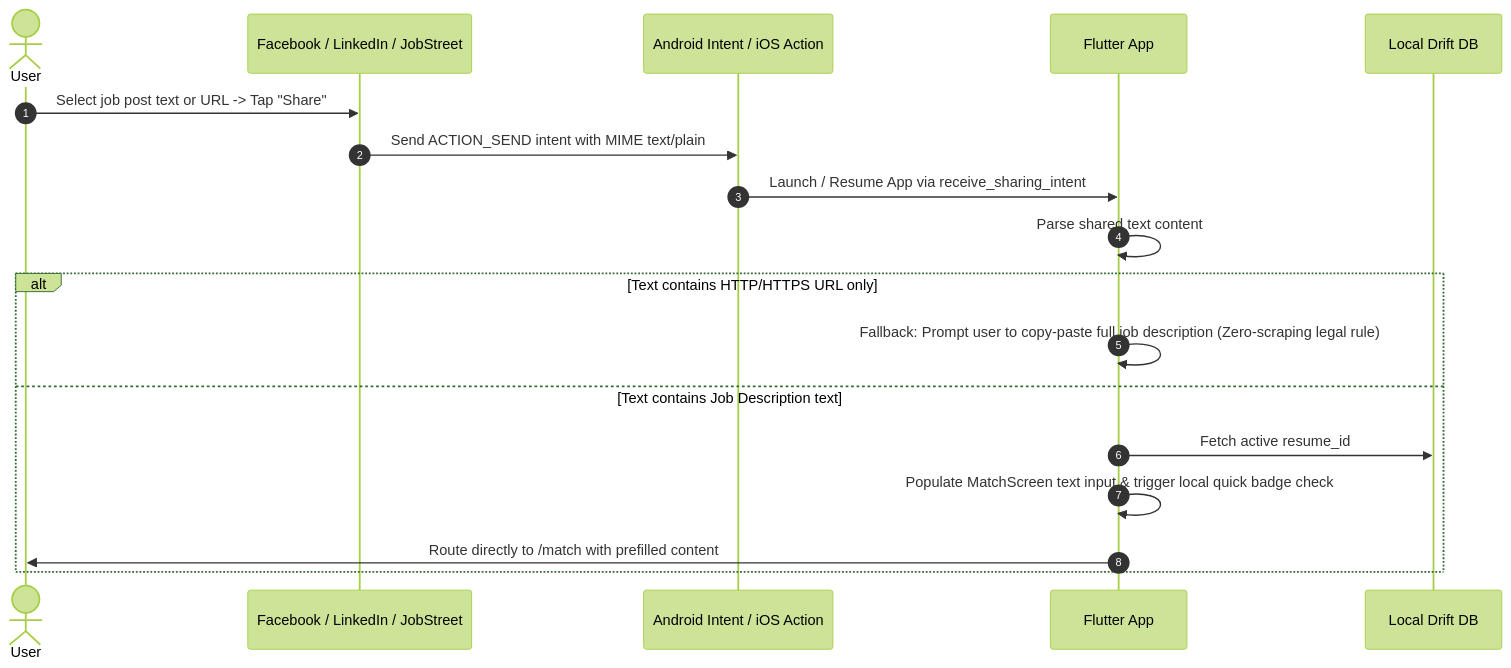
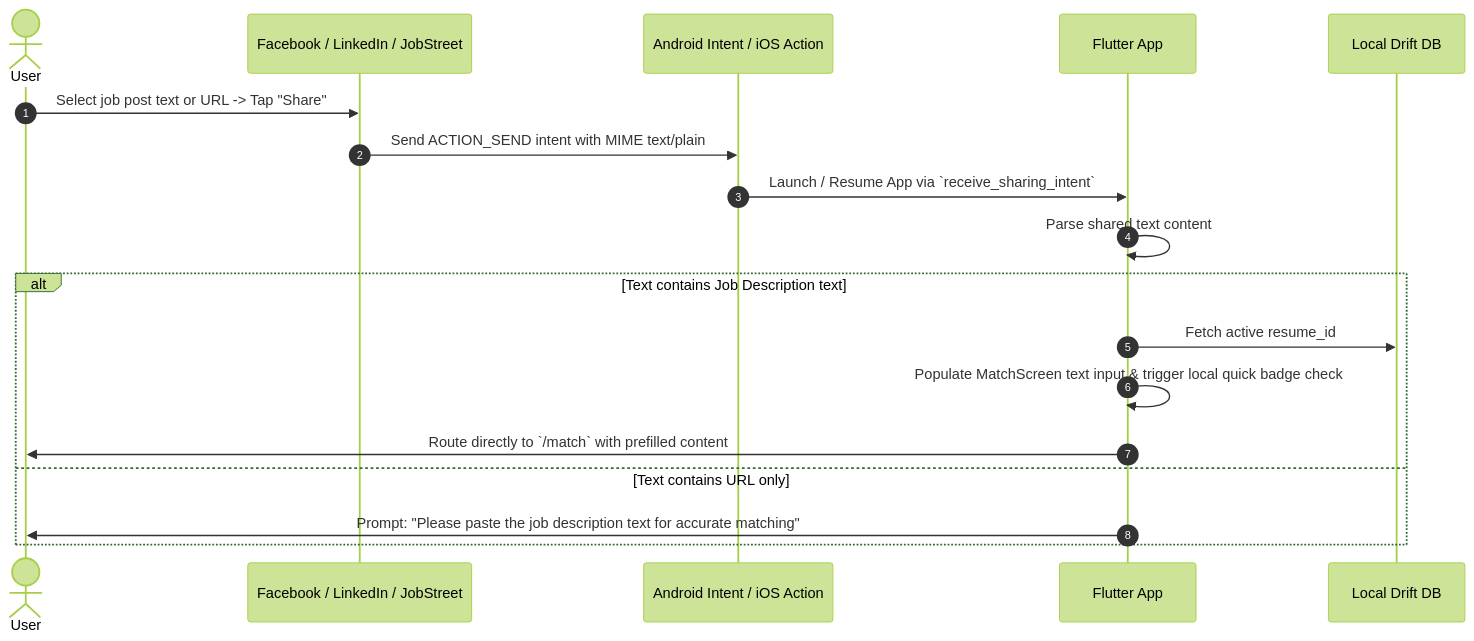
One commit to QuantumTan/rolevia changed the seventh of 14 diagrams in docs/BACKEND_PLAN.md. Above: the diagram before and after it, drawn with Mermaid (forest theme). The commit also changed other lines of this file and 16 other files, not shown here.

````diff
--- a/docs/BACKEND_PLAN.md
+++ b/docs/BACKEND_PLAN.md
@@ -289,21 +300,21 @@
 ```mermaid
 sequenceDiagram
     autonumber
     actor User
     participant External as Facebook / LinkedIn / JobStreet
     participant Native as Android Intent / iOS Action
     participant App as Flutter App
     participant Drift as Local Drift DB
 
     User->>External: Select job post text or URL -> Tap "Share"
     External->>Native: Send ACTION_SEND intent with MIME text/plain
-    Native->>App: Launch / Resume App via receive_sharing_intent
+    Native->>App: Launch / Resume App via `receive_sharing_intent`
     App->>App: Parse shared text content
-    alt Text contains HTTP/HTTPS URL only
-        App->>App: Fallback: Prompt user to copy-paste full job description (Zero-scraping legal rule)
-    else Text contains Job Description text
+    alt Text contains Job Description text
         App->>Drift: Fetch active resume_id
         App->>App: Populate MatchScreen text input & trigger local quick badge check
-        App->>User: Route directly to /match with prefilled content
+        App->>User: Route directly to `/match` with prefilled content
+    else Text contains URL only
+        App->>User: Prompt: "Please paste the job description text for accurate matching"
     end
 ```
````
